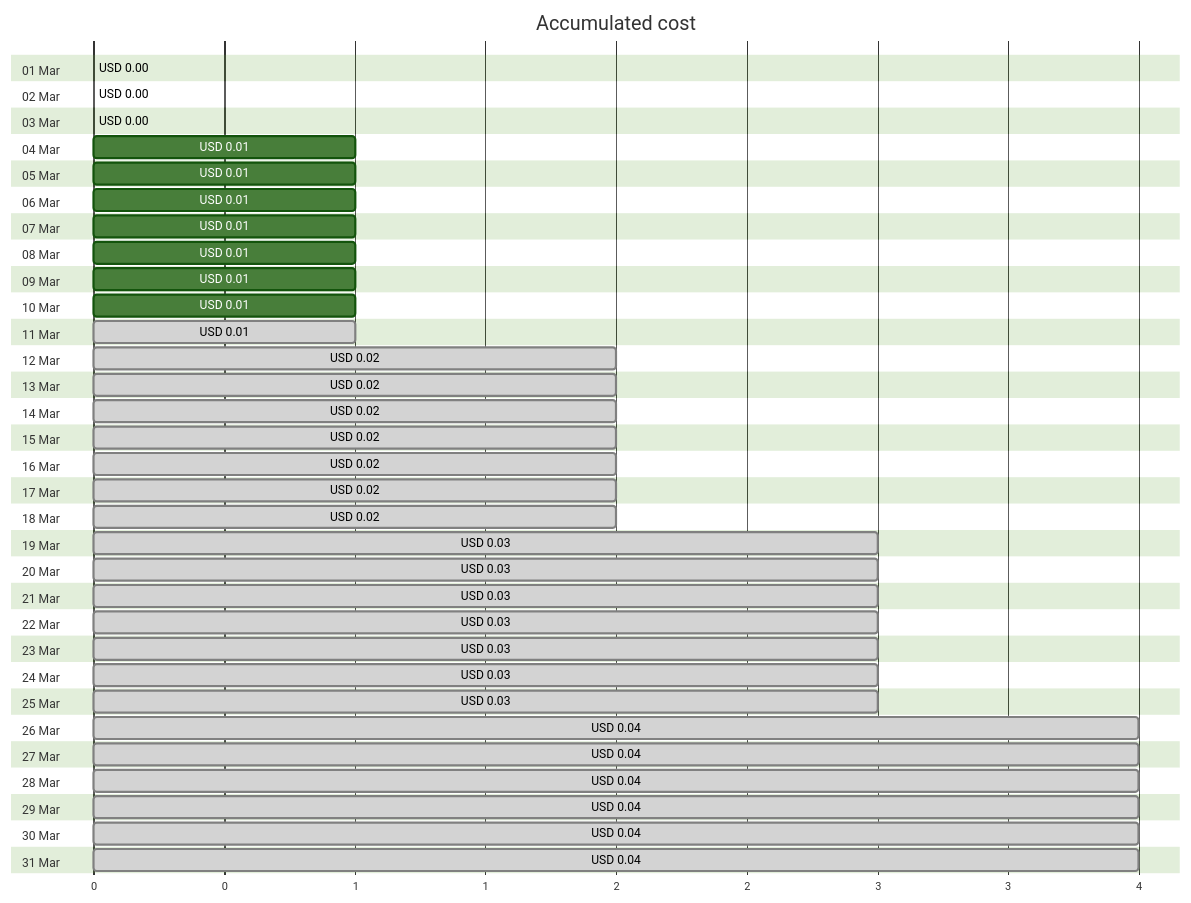
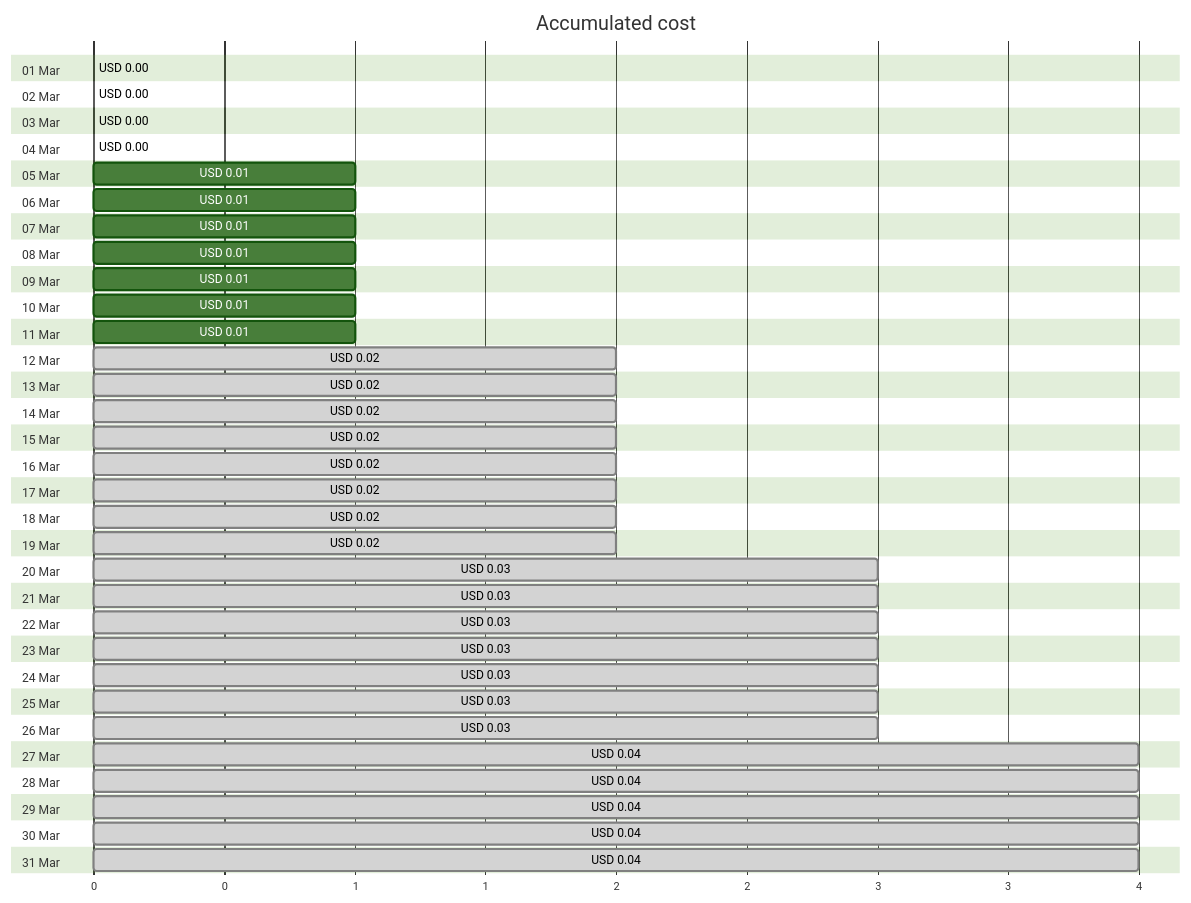
One commit to jpfulton/azure-personal-reports changed the first of 4 diagrams in cost-reports/personal-site/personalsiteapistorage.md. Above: the diagram before and after it, drawn with Mermaid (forest theme). The commit also changed other lines of this file and 6 other files, not shown here.

````diff
--- a/cost-reports/personal-site/personalsiteapistorage.md
+++ b/cost-reports/personal-site/personalsiteapistorage.md
@@ -20,68 +20,68 @@
 ```mermaid
 gantt
    title Accumulated cost
    dateFormat  X
    axisFormat %s
    section 01 Mar
    USD 0.00 :0, 0
    section 02 Mar
    USD 0.00 :0, 0
    section 03 Mar
    USD 0.00 :0, 0
    section 04 Mar
-   USD 0.01 :0, 1
+   USD 0.00 :0, 0
    section 05 Mar
    USD 0.01 :0, 1
    section 06 Mar
    USD 0.01 :0, 1
    section 07 Mar
    USD 0.01 :0, 1
    section 08 Mar
    USD 0.01 :0, 1
    section 09 Mar
    USD 0.01 :0, 1
    section 10 Mar
    USD 0.01 :0, 1
    section 11 Mar
-   USD 0.01 : done, 0, 1
+   USD 0.01 :0, 1
    section 12 Mar
    USD 0.02 : done, 0, 2
    section 13 Mar
    USD 0.02 : done, 0, 2
    section 14 Mar
    USD 0.02 : done, 0, 2
    section 15 Mar
    USD 0.02 : done, 0, 2
    section 16 Mar
    USD 0.02 : done, 0, 2
    section 17 Mar
    USD 0.02 : done, 0, 2
    section 18 Mar
    USD 0.02 : done, 0, 2
    section 19 Mar
-   USD 0.03 : done, 0, 3
+   USD 0.02 : done, 0, 2
    section 20 Mar
    USD 0.03 : done, 0, 3
    section 21 Mar
    USD 0.03 : done, 0, 3
    section 22 Mar
    USD 0.03 : done, 0, 3
    section 23 Mar
    USD 0.03 : done, 0, 3
    section 24 Mar
    USD 0.03 : done, 0, 3
    section 25 Mar
    USD 0.03 : done, 0, 3
    section 26 Mar
-   USD 0.04 : done, 0, 4
+   USD 0.03 : done, 0, 3
    section 27 Mar
    USD 0.04 : done, 0, 4
    section 28 Mar
    USD 0.04 : done, 0, 4
    section 29 Mar
    USD 0.04 : done, 0, 4
    section 30 Mar
    USD 0.04 : done, 0, 4
    section 31 Mar
    USD 0.04 : done, 0, 4
 ```
````
